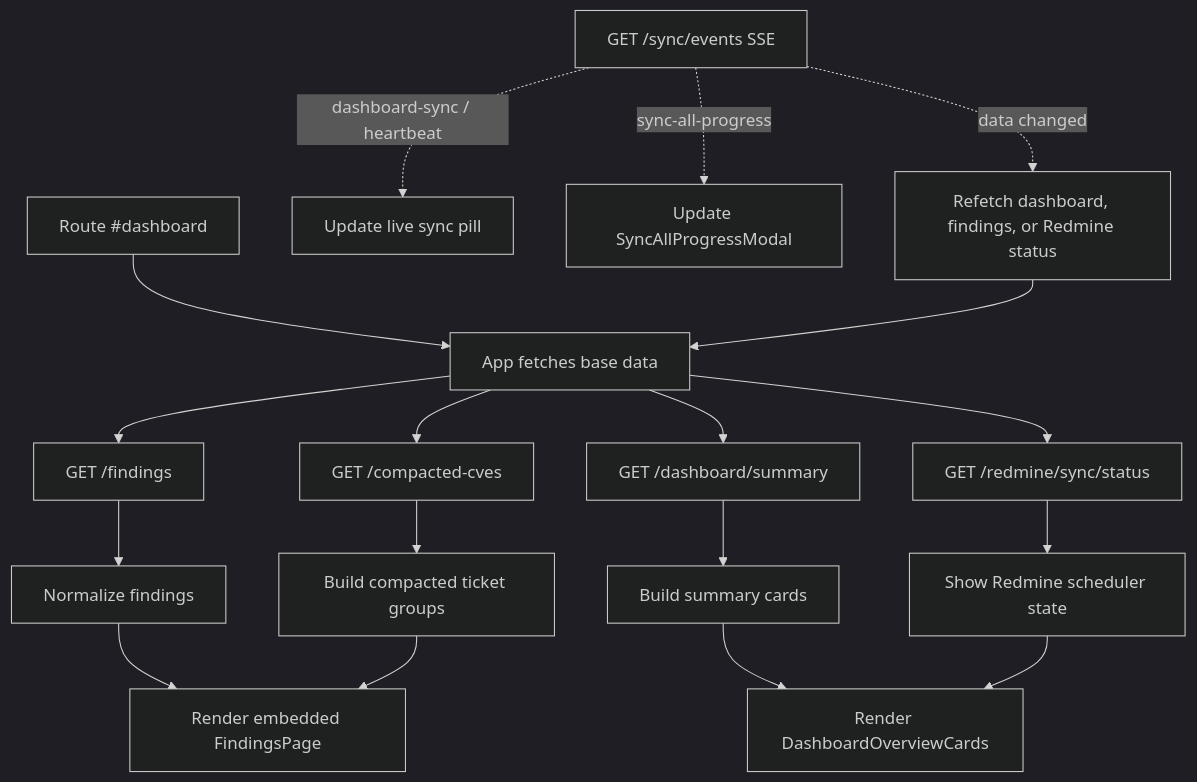
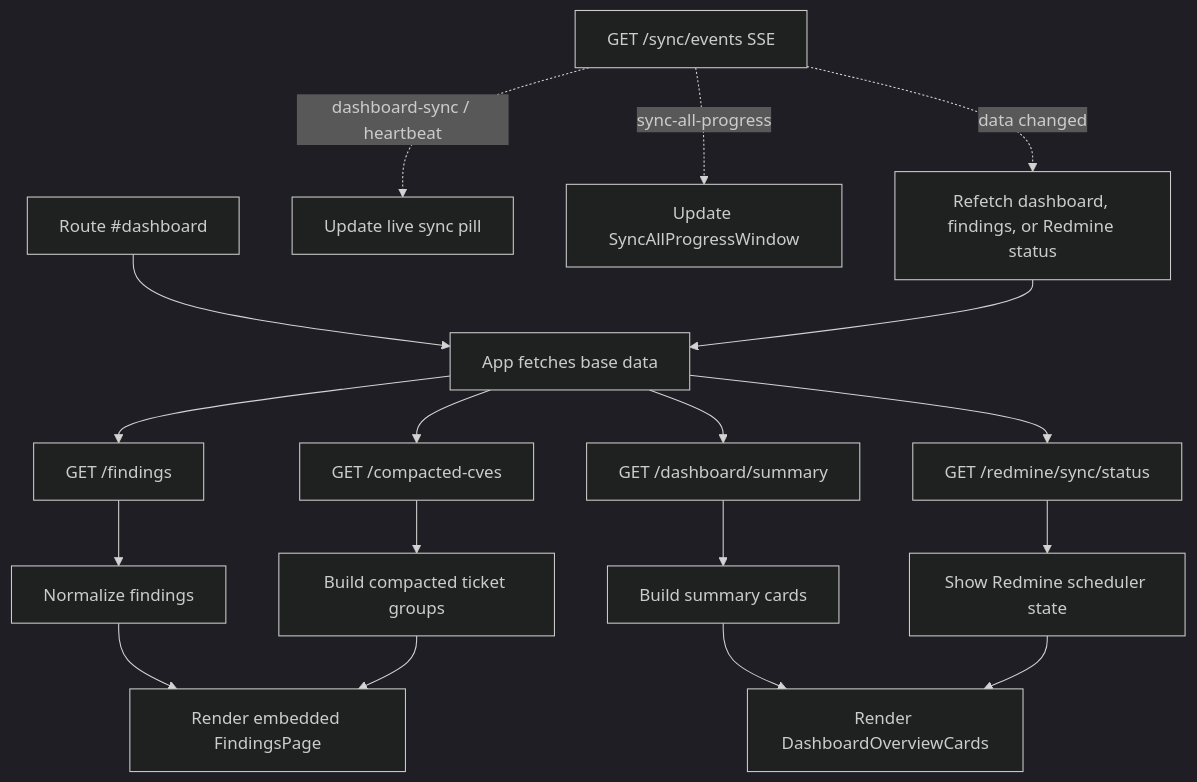
Before and after one commit to Ratthapoom681/Middleware-2.0: the fourth of 19 diagrams in apps/vulnerability/docs/feature-workflows.md, drawn with Mermaid (dark theme). The commit also changed other lines of this file and 68 other files, not shown here.

````diff
--- a/apps/vulnerability/docs/feature-workflows.md
+++ b/apps/vulnerability/docs/feature-workflows.md
@@ -104,20 +104,20 @@
 ```mermaid
 flowchart TD
   A["Route #dashboard"] --> B["App fetches base data"]
   B --> C["GET /findings"]
   B --> D["GET /dashboard/summary"]
   B --> E["GET /compacted-cves"]
   B --> F["GET /redmine/sync/status"]
   C --> G["Normalize findings"]
   D --> H["Build summary cards"]
   E --> I["Build compacted ticket groups"]
   F --> J["Show Redmine scheduler state"]
   G --> K["Render embedded FindingsPage"]
   H --> L["Render DashboardOverviewCards"]
   I --> K
   J --> L
   M["GET /sync/events SSE"] -. "dashboard-sync / heartbeat" .-> N["Update live sync pill"]
-  M -. "sync-all-progress" .-> O["Update SyncAllProgressModal"]
+  M -. "sync-all-progress" .-> O["Update SyncAllProgressWindow"]
   M -. "data changed" .-> P["Refetch dashboard, findings, or Redmine status"]
   P --> B
 ```
````
